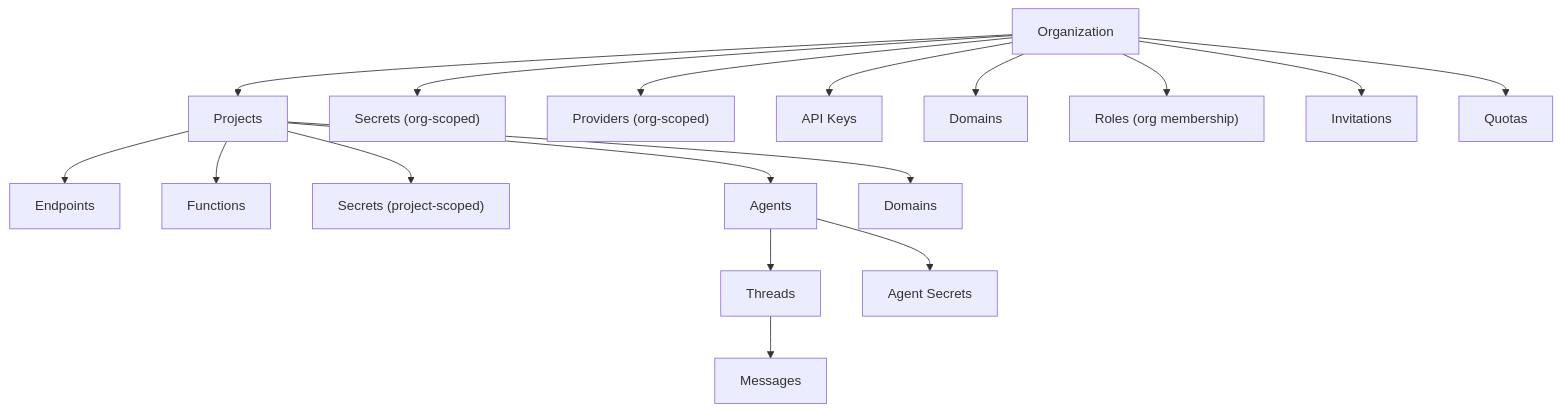
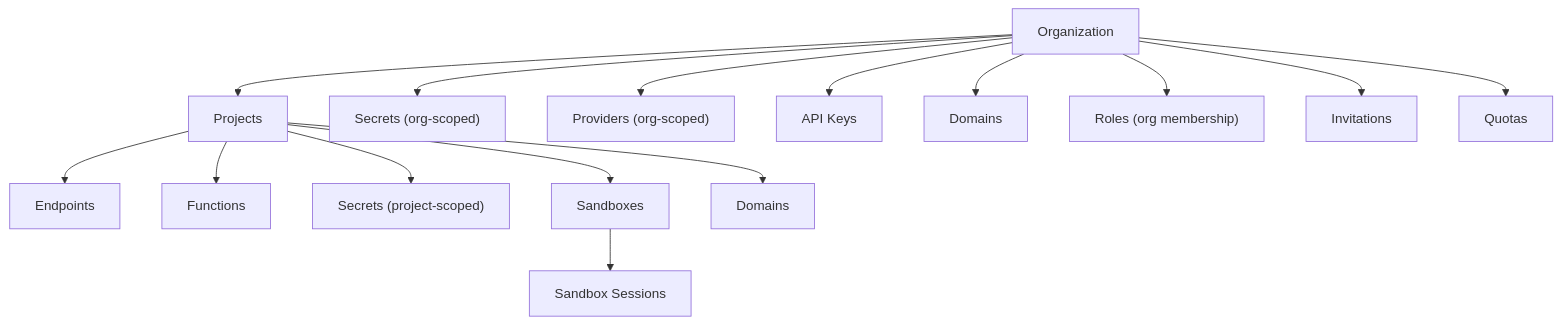
One commit to threadedstack/threadedstack changed the diagram in docs/features/organizations.md. Above: the diagram before and after it, drawn with Mermaid. The commit also changed other lines of this file and 45 other files, not shown here.

````diff
--- a/docs/features/organizations.md
+++ b/docs/features/organizations.md
@@ -9,23 +9,21 @@
 ```mermaid
 flowchart TD
   Org["Organization"]
 
   Org --> Projects
   Org --> Secrets_Org["Secrets (org-scoped)"]
   Org --> Providers["Providers (org-scoped)"]
   Org --> APIKeys["API Keys"]
   Org --> Domains_Org["Domains"]
   Org --> Roles["Roles (org membership)"]
   Org --> Invitations
   Org --> Quotas
 
   Projects --> Endpoints
   Projects --> Functions
   Projects --> Secrets_Proj["Secrets (project-scoped)"]
-  Projects --> Agents
+  Projects --> Sandboxes
   Projects --> Domains_Proj["Domains"]
 
-  Agents --> Threads
-  Threads --> Messages
-  Agents --> AgentSecrets["Agent Secrets"]
+  Sandboxes --> Sessions["Sandbox Sessions"]
 ```
````
